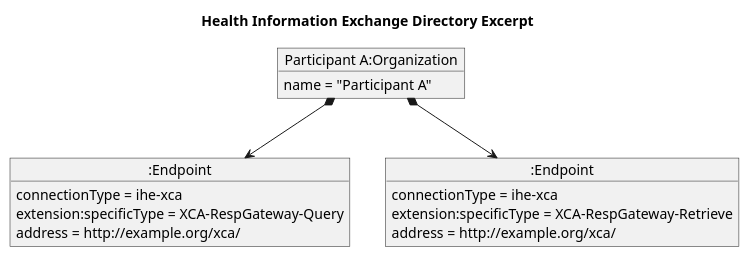
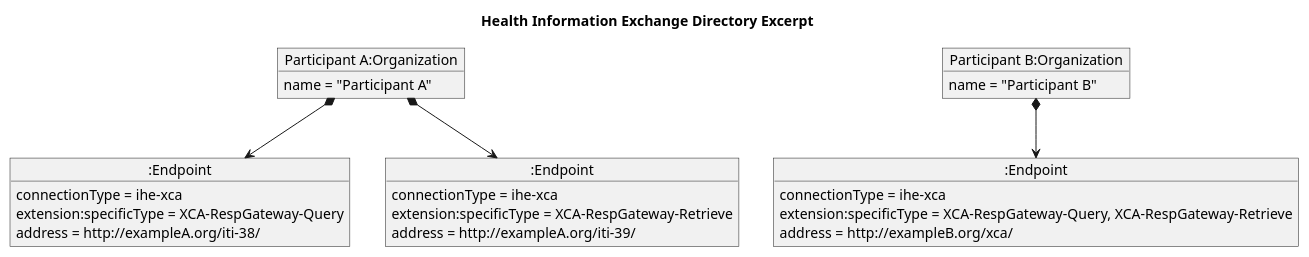
One commit to IHE/ITI.mCSD changed the diagram in input/images-source/usecase6-diagram.plantuml. Above: the diagram before and after it, drawn with PlantUML.

Commit message:
Update usecase6-diagram.plantuml
Fixes #43

```diff
--- a/input/images-source/usecase6-diagram.plantuml
+++ b/input/images-source/usecase6-diagram.plantuml
@@ -1,20 +1,29 @@
 @startuml
 hide footbox
 
 title Health Information Exchange Directory Excerpt
 
 object "Participant A:Organization" as Organization
 Organization : name = "Participant A"
 object ":Endpoint" as Responder38
 Responder38 : connectionType = ihe-xca
 Responder38 : extension:specificType = XCA-RespGateway-Query
-Responder38 : address = http://example.org/xca/
+Responder38 : address = http://exampleA.org/iti-38/
 object ":Endpoint" as Responder39
 Responder39 : connectionType = ihe-xca
 Responder39 : extension:specificType = XCA-RespGateway-Retrieve
-Responder39 : address = http://example.org/xca/
+Responder39 : address = http://exampleA.org/iti-39/
 
 Organization *--> Responder38
 Organization *--> Responder39
 
+object "Participant B:Organization" as OrganizationB
+OrganizationB : name = "Participant B"
+object ":Endpoint" as ResponderB38
+ResponderB38 : connectionType = ihe-xca
+ResponderB38 : extension:specificType = XCA-RespGateway-Query, XCA-RespGateway-Retrieve
+ResponderB38 : address = http://exampleB.org/xca/
+
+OrganizationB *--> ResponderB38
+
 @enduml
```
